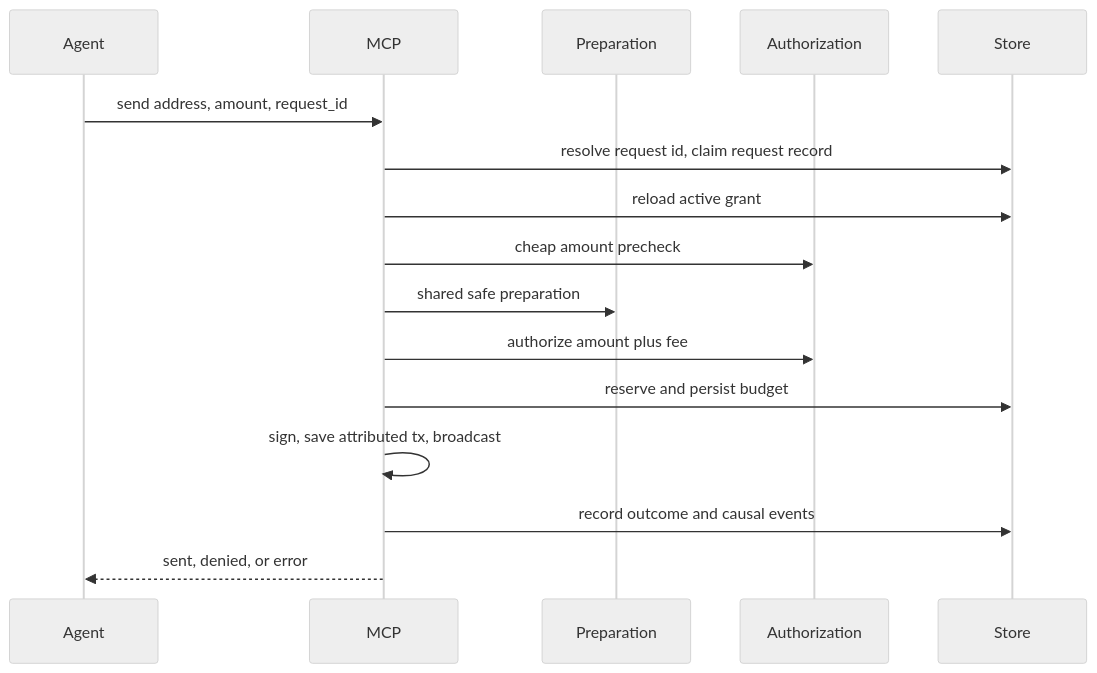
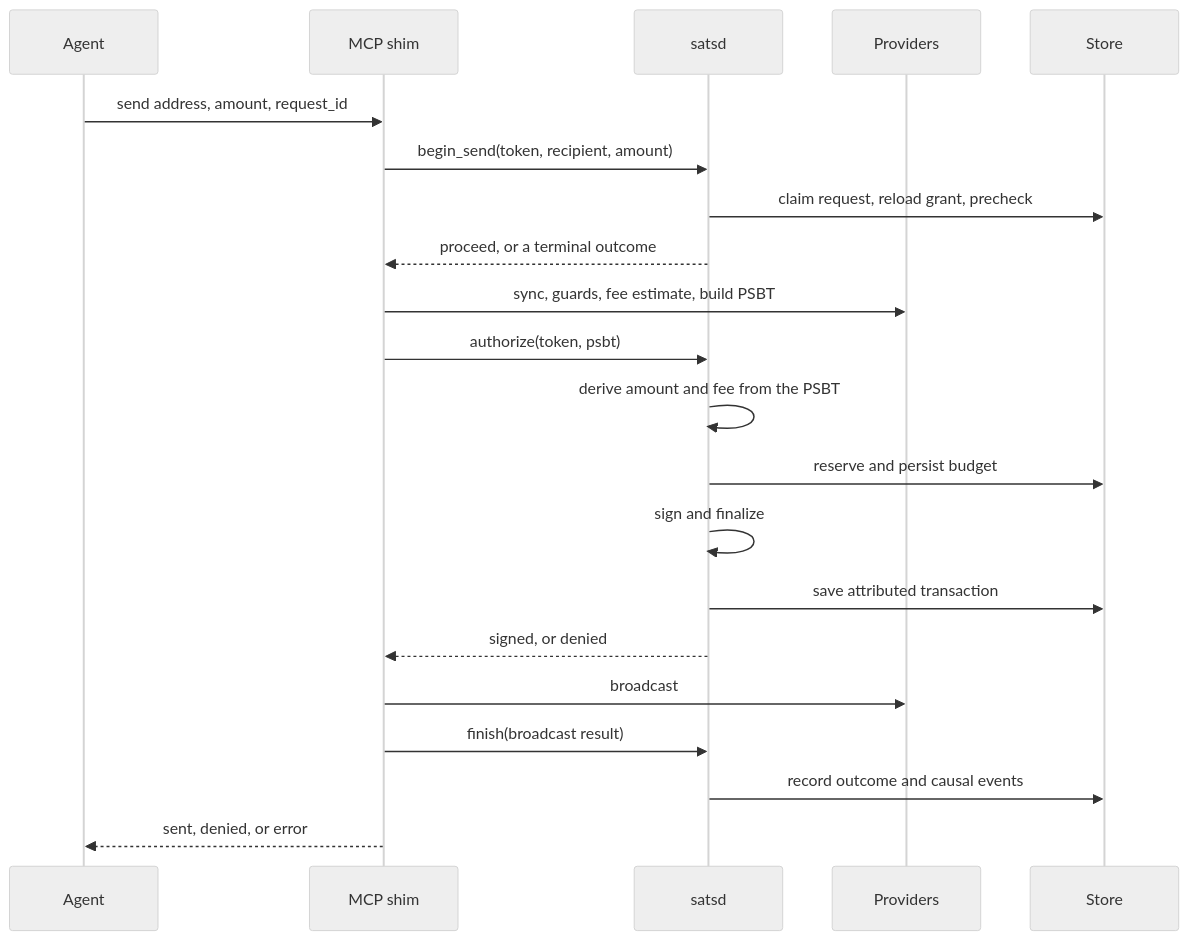
Before and after one commit to idemresearch/sats: the third of 3 diagrams in docs/architecture.md, drawn with Mermaid (neutral theme). The commit also changed other lines of this file and 30 other files, not shown here.

````diff
--- a/docs/architecture.md
+++ b/docs/architecture.md
@@ -133,18 +149,23 @@
 ```mermaid
 sequenceDiagram
     participant A as Agent
-    participant M as MCP
-    participant P as Preparation
-    participant Z as Authorization
+    participant M as MCP shim
+    participant D as satsd
+    participant P as Providers
     participant S as Store
     A->>M: send address, amount, request_id
-    M->>S: resolve request id, claim request record
-    M->>S: reload active grant
-    M->>Z: cheap amount precheck
-    M->>P: shared safe preparation
-    M->>Z: authorize amount plus fee
-    M->>S: reserve and persist budget
-    M->>M: sign, save attributed tx, broadcast
-    M->>S: record outcome and causal events
+    M->>D: begin_send(token, recipient, amount)
+    D->>S: claim request, reload grant, precheck
+    D-->>M: proceed, or a terminal outcome
+    M->>P: sync, guards, fee estimate, build PSBT
+    M->>D: authorize(token, psbt)
+    D->>D: derive amount and fee from the PSBT
+    D->>S: reserve and persist budget
+    D->>D: sign and finalize
+    D->>S: save attributed transaction
+    D-->>M: signed, or denied
+    M->>P: broadcast
+    M->>D: finish(broadcast result)
+    D->>S: record outcome and causal events
     M-->>A: sent, denied, or error
 ```
````
